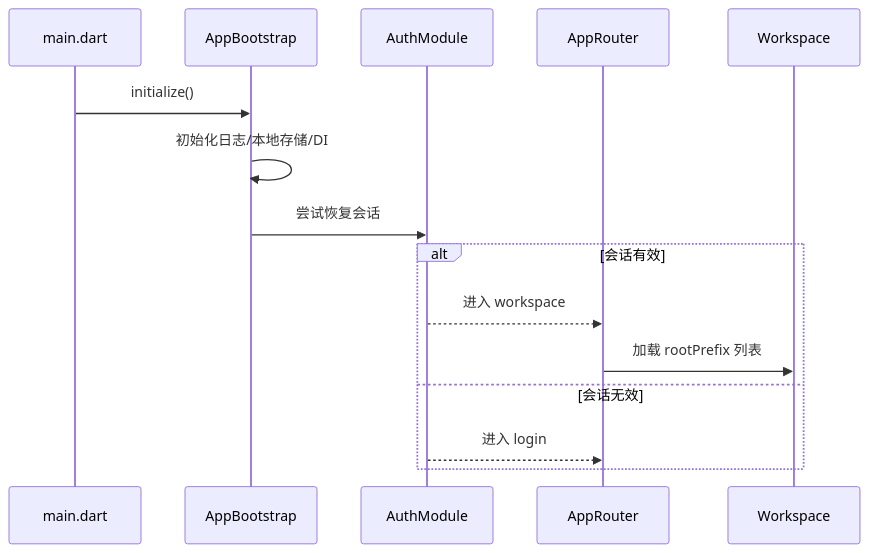
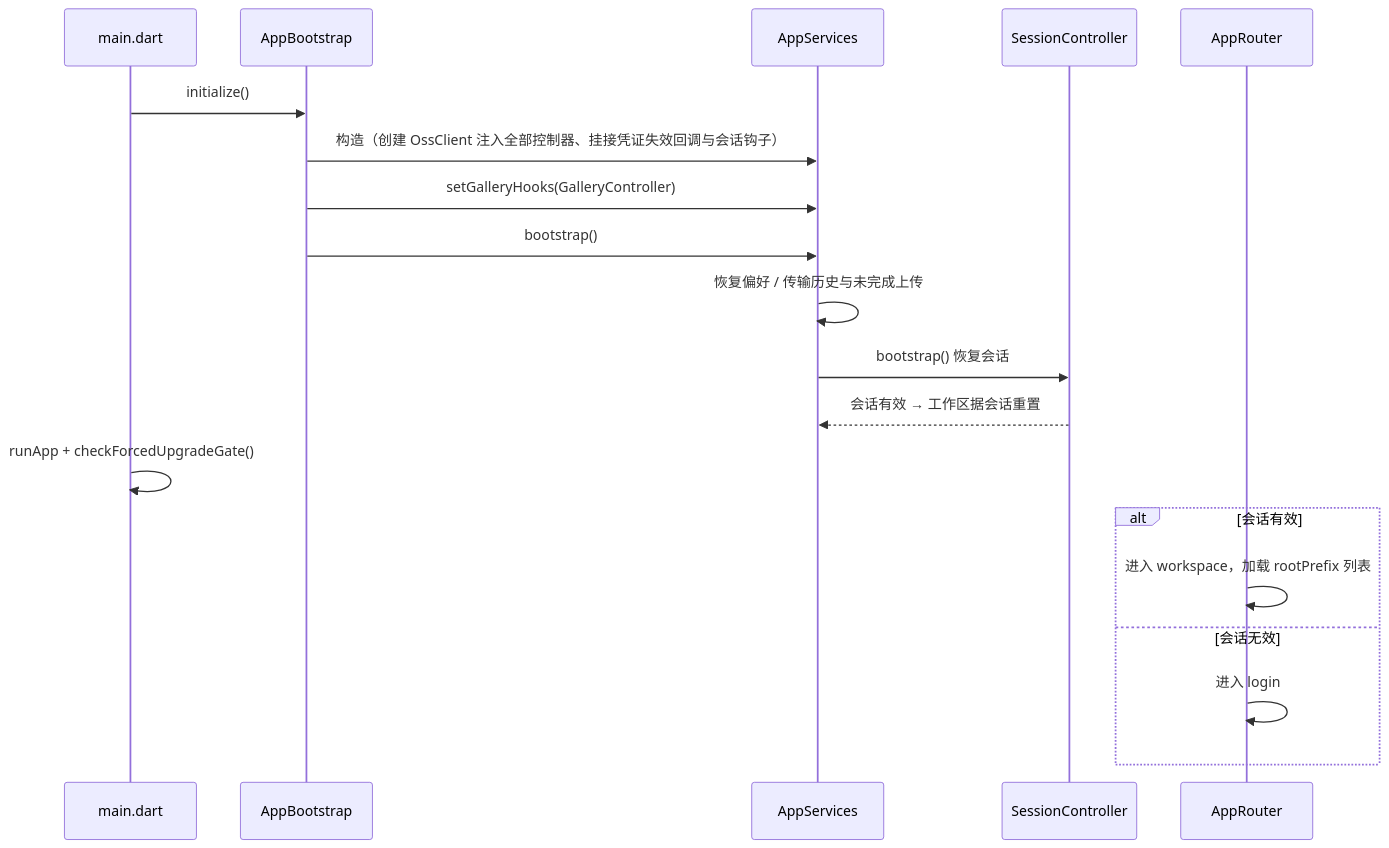
The second of 2 diagrams in docs/Flutter架构设计.md (littlefisher666/private-domain-drive), drawn with Mermaid before and after one commit. The commit also changed other lines of this file and 1 other file, not shown here.

First line of the commit message:
chore(openspec): 完成 split-app-controller 集成验证与文档（17.2/17.3），更新 client 指针

````diff
--- a/docs/Flutter架构设计.md
+++ b/docs/Flutter架构设计.md
@@ -505,18 +539,22 @@
 ```mermaid
 sequenceDiagram
     participant Main as main.dart
     participant Boot as AppBootstrap
-    participant Auth as AuthModule
+    participant Services as AppServices
+    participant Session as SessionController
     participant Router as AppRouter
-    participant WS as Workspace
 
     Main->>Boot: initialize()
-    Boot->>Boot: 初始化日志/本地存储/DI
-    Boot->>Auth: 尝试恢复会话
+    Boot->>Services: 构造（创建 OssClient 注入全部控制器、挂接凭证失效回调与会话钩子）
+    Boot->>Services: setGalleryHooks(GalleryController)
+    Boot->>Services: bootstrap()
+    Services->>Services: 恢复偏好 / 传输历史与未完成上传
+    Services->>Session: bootstrap() 恢复会话
+    Session-->>Services: 会话有效 → 工作区据会话重置
+    Main->>Main: runApp + checkForcedUpgradeGate()
     alt 会话有效
-        Auth-->>Router: 进入 workspace
-        Router->>WS: 加载 rootPrefix 列表
+        Router->>Router: 进入 workspace，加载 rootPrefix 列表
     else 会话无效
-        Auth-->>Router: 进入 login
+        Router->>Router: 进入 login
     end
 ```
````
